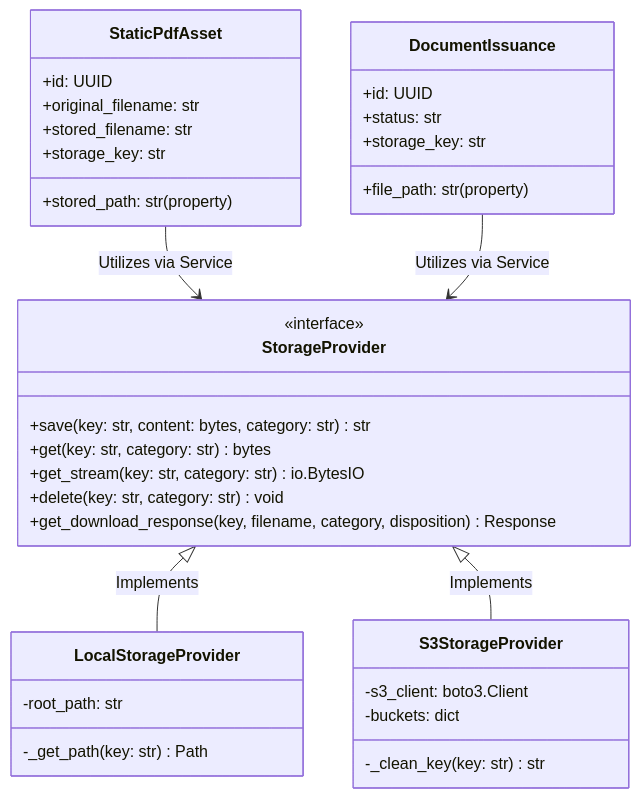
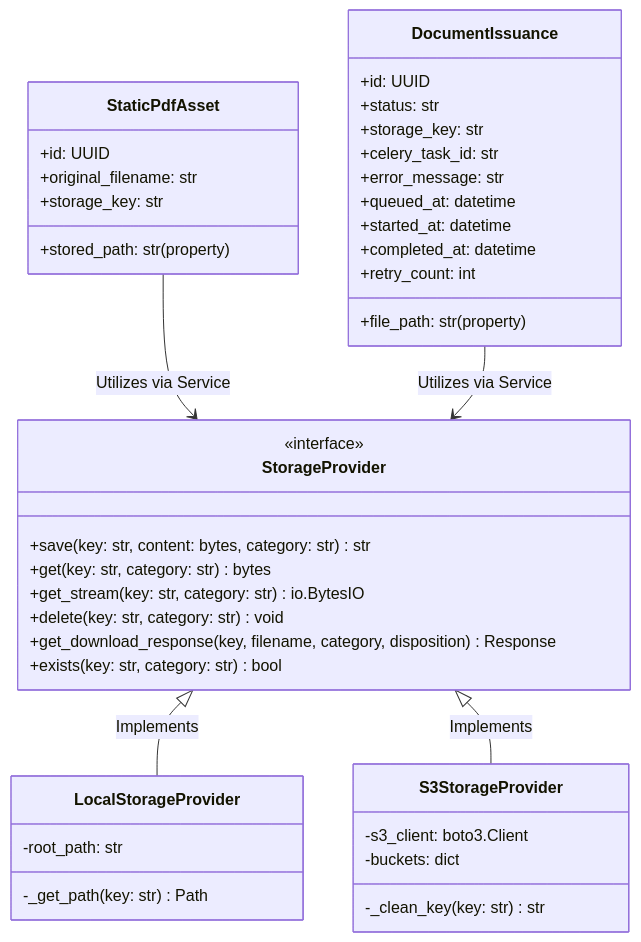
The fourth of 4 diagrams in .docs/C4_ARCHITECTURE.md (ianache/doctemplates), drawn with Mermaid before and after one commit. The commit also changed other lines of this file, not shown here.

Commit message:
docs(architecture): update C4 system container, components, and code diagrams for async worker and redis queue

````diff
--- a/.docs/C4_ARCHITECTURE.md
+++ b/.docs/C4_ARCHITECTURE.md
@@ -111,42 +129,48 @@
 ```mermaid
 classDiagram
     class StorageProvider {
         <<interface>>
         +save(key: str, content: bytes, category: str) str
         +get(key: str, category: str) bytes
         +get_stream(key: str, category: str) io.BytesIO
         +delete(key: str, category: str) void
         +get_download_response(key, filename, category, disposition) Response
+        +exists(key: str, category: str) bool
     }
 
     class LocalStorageProvider {
         -root_path: str
         -_get_path(key: str) Path
     }
 
     class S3StorageProvider {
         -s3_client: boto3.Client
         -buckets: dict
         -_clean_key(key: str) str
     }
 
     class StaticPdfAsset {
         +id: UUID
         +original_filename: str
-        +stored_filename: str
         +storage_key: str
         +stored_path: str (property)
     }
 
     class DocumentIssuance {
         +id: UUID
         +status: str
         +storage_key: str
         +file_path: str (property)
+        +celery_task_id: str
+        +error_message: str
+        +queued_at: datetime
+        +started_at: datetime
+        +completed_at: datetime
+        +retry_count: int
     }
 
     StorageProvider <|-- LocalStorageProvider : Implements
     StorageProvider <|-- S3StorageProvider : Implements
     StaticPdfAsset --> StorageProvider : Utilizes via Service
     DocumentIssuance --> StorageProvider : Utilizes via Service
 ```
````
